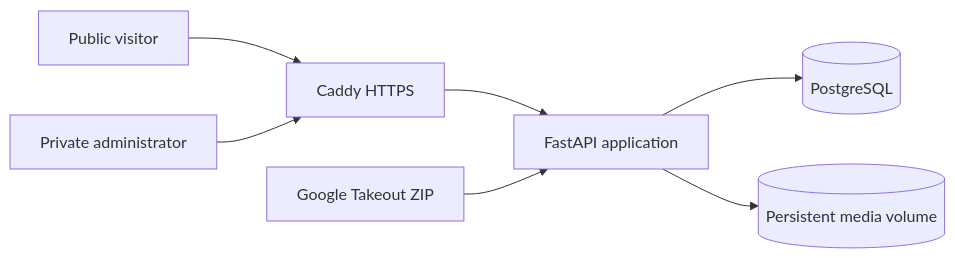
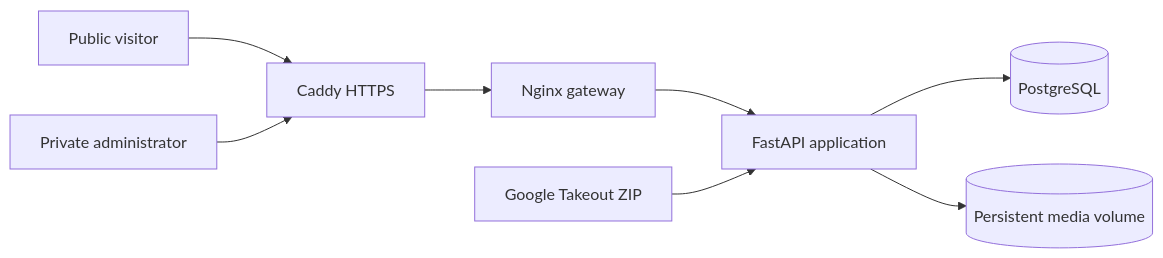
Before and after one commit to psainaveen12/NewsWebsite: the diagram in README.md, drawn with Mermaid. The commit also changed other lines of this file and 6 other files, not shown here.

Commit message:
Add hardened Nginx Docker gateway

````diff
--- a/README.md
+++ b/README.md
@@ -18,9 +18,10 @@
 ```mermaid
 flowchart LR
   V[Public visitor] --> C[Caddy HTTPS]
   A[Private administrator] --> C
-  C --> F[FastAPI application]
+  C --> N[Nginx gateway]
+  N --> F[FastAPI application]
   F --> P[(PostgreSQL)]
   F --> M[(Persistent media volume)]
   T[Google Takeout ZIP] --> F
 ```
````
